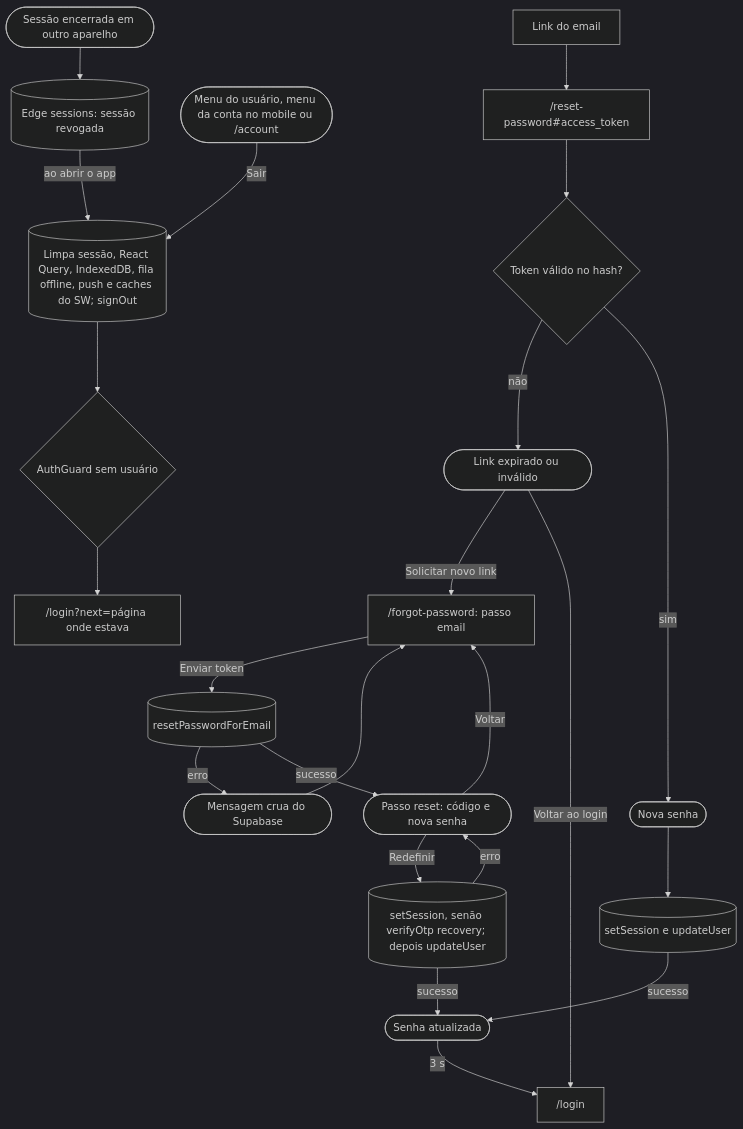
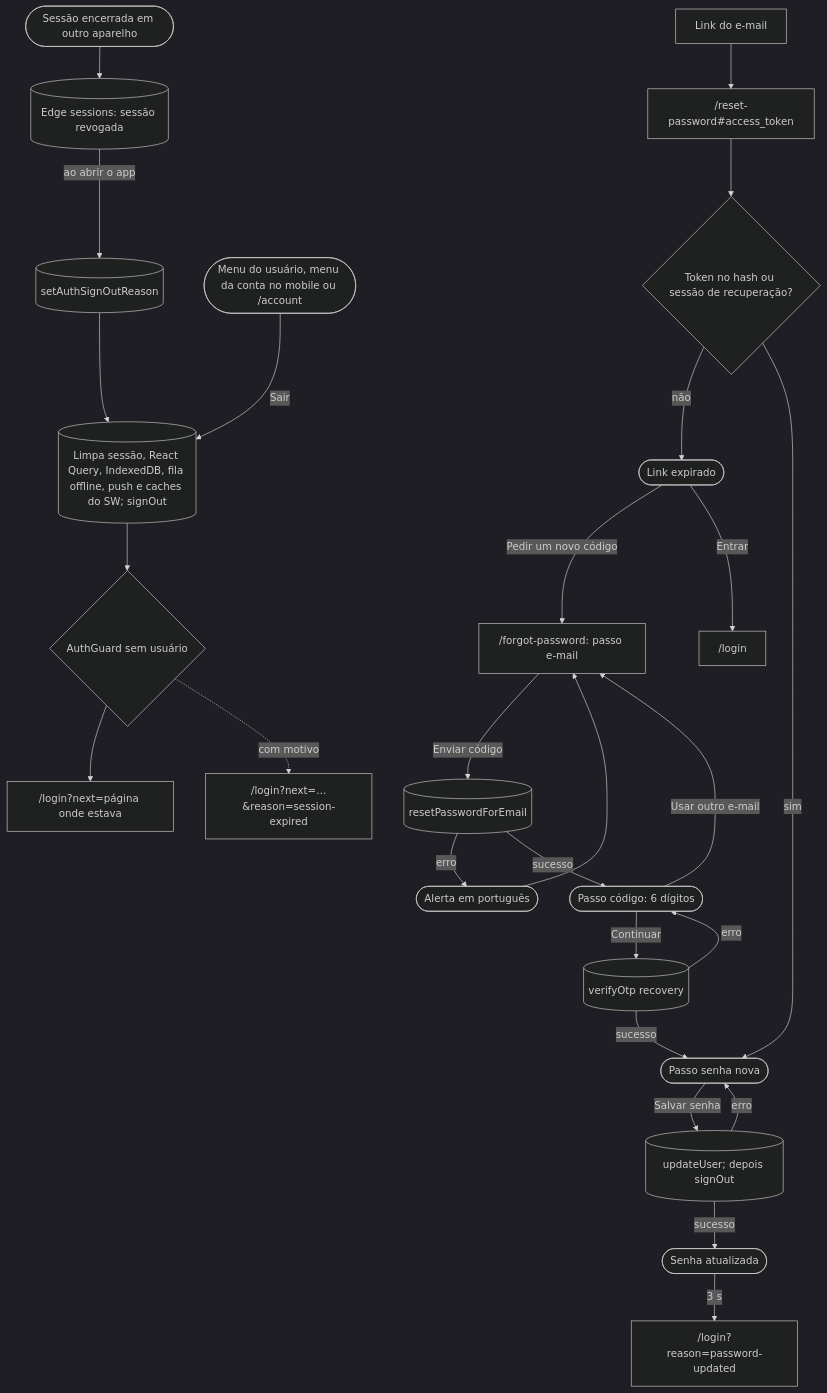
The third of 14 diagrams in docs/JORNADAS.md (kauax2000/finance_app), drawn with Mermaid before and after one commit. The commit also changed other lines of this file and 38 other files, not shown here.

````diff
--- a/docs/JORNADAS.md
+++ b/docs/JORNADAS.md
@@ -134,26 +144,29 @@
 ```mermaid
 %%{init: {"theme": "dark"}}%%
 flowchart TD
-    forgot["/forgot-password: passo email"] -->|"Enviar token"| resetMail[("resetPasswordForEmail")]
-    resetMail -->|"erro"| forgotErr(["Mensagem crua do Supabase"]) --> forgot
-    resetMail -->|"sucesso"| code(["Passo reset: código e nova senha"])
-    code -->|"Voltar"| forgot
-    code -->|"Redefinir"| verify[("setSession, senão verifyOtp recovery; depois updateUser")]
+    forgot["/forgot-password: passo e-mail"] -->|"Enviar código"| resetMail[("resetPasswordForEmail")]
+    resetMail -->|"erro"| forgotErr(["Alerta em português"]) --> forgot
+    resetMail -->|"sucesso"| code(["Passo código: 6 dígitos"])
+    code -->|"Usar outro e-mail"| forgot
+    code -->|"Continuar"| verify[("verifyOtp recovery")]
     verify -->|"erro"| code
-    verify -->|"sucesso"| done(["Senha atualizada"]) -->|"3 s"| login["/login"]
+    verify -->|"sucesso"| newPass(["Passo senha nova"])
+    newPass -->|"Salvar senha"| update[("updateUser; depois signOut")]
+    update -->|"erro"| newPass
+    update -->|"sucesso"| done(["Senha atualizada"]) -->|"3 s"| loginPwd["/login?reason=password-updated"]
 
-    mailLink["Link do email"] --> reset["/reset-password#access_token"]
-    reset --> token{"Token válido no hash?"}
-    token -->|"não"| expired(["Link expirado ou inválido"])
-    expired -->|"Solicitar novo link"| forgot
-    expired -->|"Voltar ao login"| login
-    token -->|"sim"| newPass(["Nova senha"]) --> update[("setSession e updateUser")]
-    update -->|"sucesso"| done
+    mailLink["Link do e-mail"] --> reset["/reset-password#access_token"]
+    reset --> token{"Token no hash ou sessão de recuperação?"}
+    token -->|"não"| expired(["Link expirado"])
+    expired -->|"Pedir um novo código"| forgot
+    expired -->|"Entrar"| loginPlain["/login"]
+    token -->|"sim"| newPass
 
     menus(["Menu do usuário, menu da conta no mobile ou /account"]) -->|"Sair"| signout[("Limpa sessão, React Query, IndexedDB, fila offline, push e caches do SW; signOut")]
-    signout --> guard{"AuthGuard sem usuário"}
-    guard --> loginNext["/login?next=página onde estava"]
+    signout --> guardOut{"AuthGuard sem usuário"}
+    guardOut --> loginNext["/login?next=página onde estava"]
 
     other(["Sessão encerrada em outro aparelho"]) --> check[("Edge sessions: sessão revogada")]
-    check -->|"ao abrir o app"| signout
+    check -->|"ao abrir o app"| reason[("setAuthSignOutReason")] --> signout
+    guardOut -.->|"com motivo"| loginReason["/login?next=…&reason=session-expired"]
 ```
````
